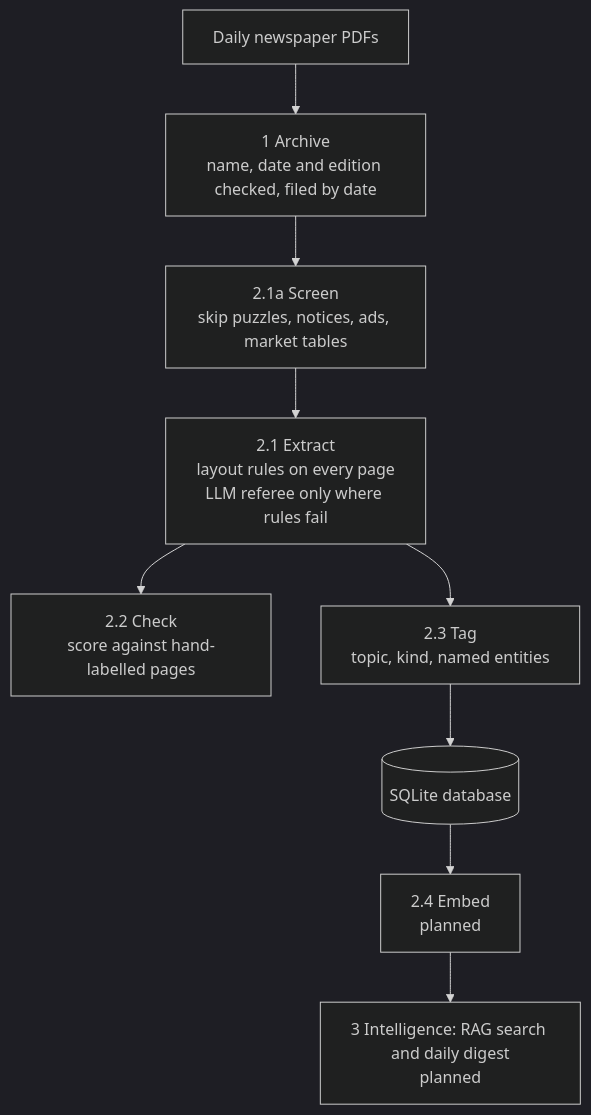
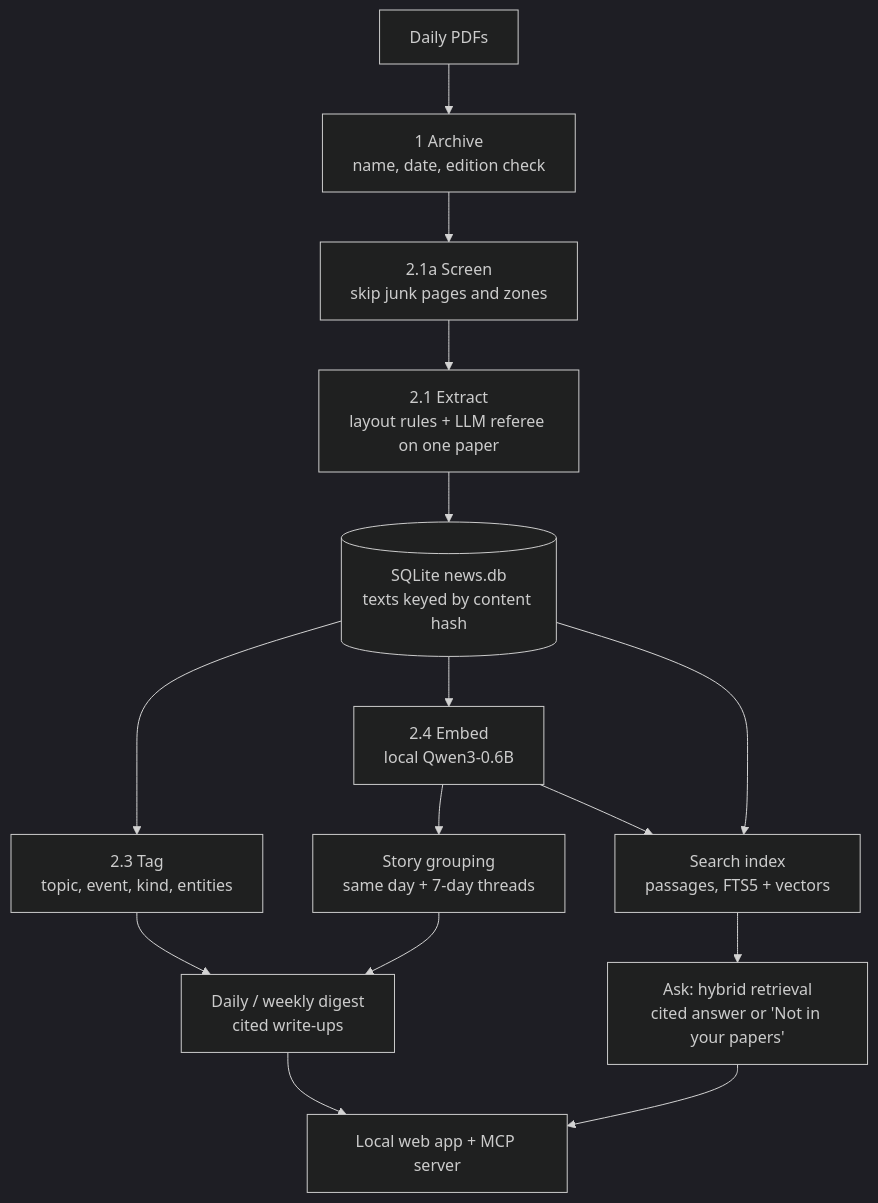
Before and after one commit to Kunaalg16/news-intelligence: the diagram in README.md, drawn with Mermaid (dark theme). The commit also changed other lines of this file and 3 other files, not shown here.

````diff
--- a/README.md
+++ b/README.md
@@ -20,11 +13,17 @@
 ```mermaid
 flowchart TD
-    A[Daily newspaper PDFs] --> B[1 Archive<br/>name, date and edition checked, filed by date]
-    B --> C[2.1a Screen<br/>skip puzzles, notices, ads, market tables]
-    C --> D[2.1 Extract<br/>layout rules on every page<br/>LLM referee only where rules fail]
-    D --> E[2.2 Check<br/>score against hand-labelled pages]
-    D --> F[2.3 Tag<br/>topic, kind, named entities]
-    F --> G[(SQLite database)]
-    G --> H[2.4 Embed<br/>planned]
-    H --> I[3 Intelligence: RAG search and daily digest<br/>planned]
+    A[Daily PDFs] --> B[1 Archive<br/>name, date, edition check]
+    B --> C[2.1a Screen<br/>skip junk pages and zones]
+    C --> D[2.1 Extract<br/>layout rules + LLM referee on one paper]
+    D --> E[(SQLite news.db<br/>texts keyed by content hash)]
+    E --> F[2.3 Tag<br/>topic, event, kind, entities]
+    E --> G[2.4 Embed<br/>local Qwen3-0.6B]
+    G --> H[Story grouping<br/>same day + 7-day threads]
+    E --> I[Search index<br/>passages, FTS5 + vectors]
+    G --> I
+    F --> J[Daily / weekly digest<br/>cited write-ups]
+    H --> J
+    I --> K[Ask: hybrid retrieval<br/>cited answer or 'Not in your papers']
+    J --> L[Local web app + MCP server]
+    K --> L
 ```
````
